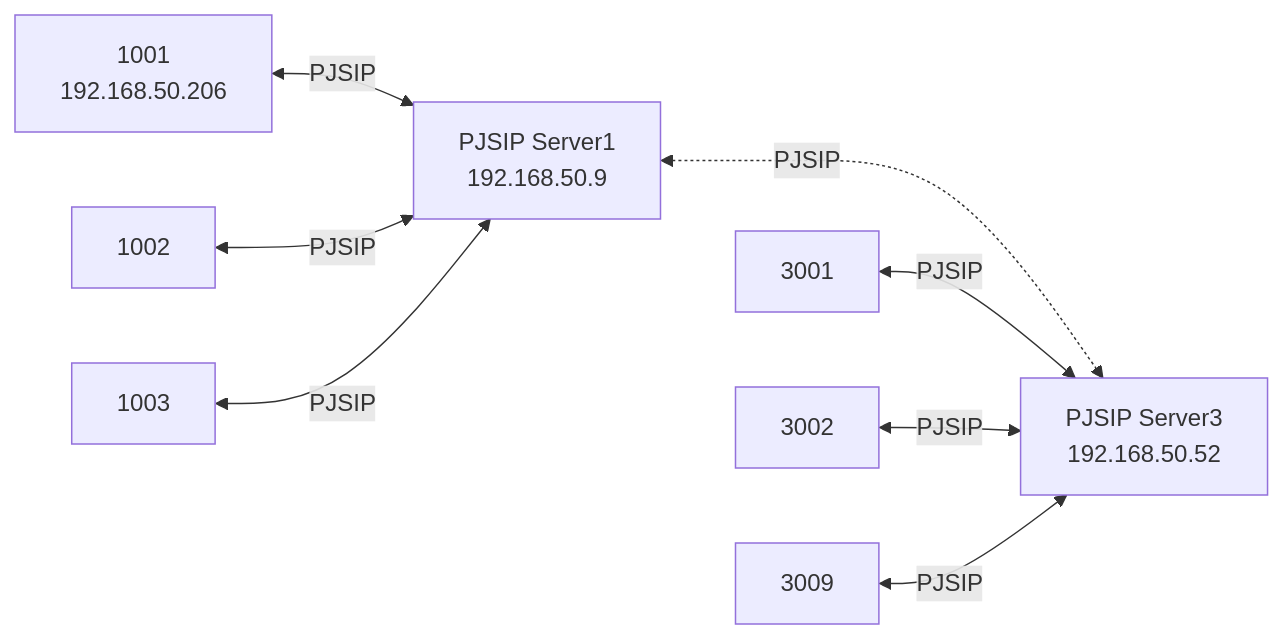
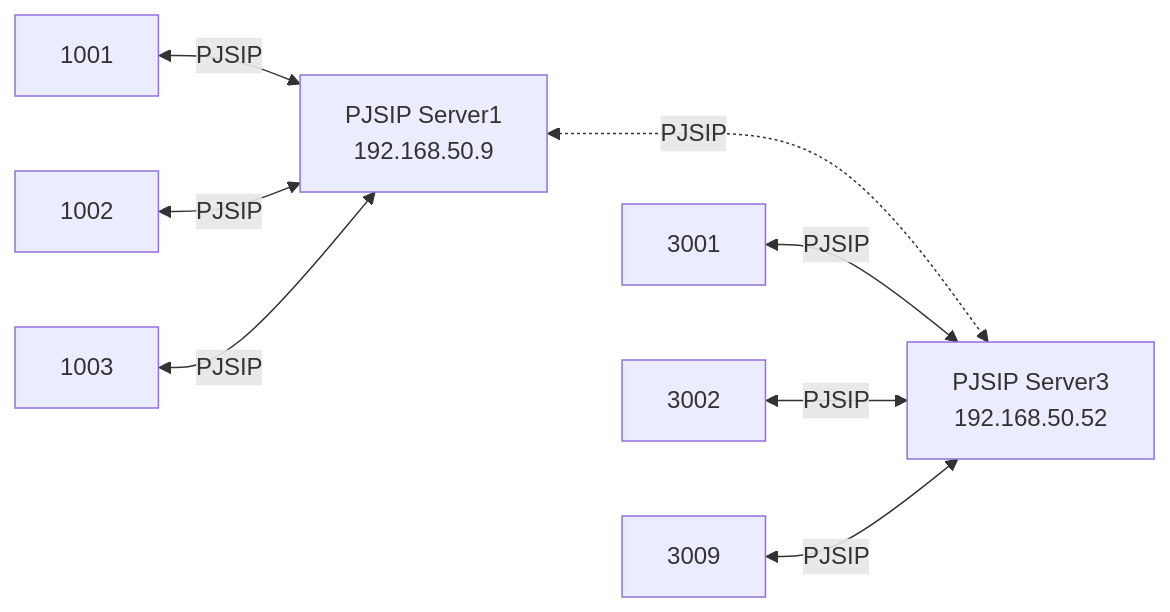
Before and after one commit to lankahsu520/HelperX: the ninth of 9 diagrams in helper_SIPandAsterisk.md, drawn with Mermaid. The commit also changed other lines of this file, not shown here.

````diff
--- a/helper_SIPandAsterisk.md
+++ b/helper_SIPandAsterisk.md
@@ -716,20 +750,21 @@
 ```mermaid
 flowchart LR
 	SIP1[PJSIP Server1<br>192.168.50.9]
 	SIP3[PJSIP Server3<br>192.168.50.52]
 
 	SIP1 <-..-> |PJSIP|SIP3
 	
-	1001[1001<br>192.168.50.206]
-	1003[1003]
+	1001[1001]
+	1002[1002]
+  1003[1003]
   1001 <--> |PJSIP|SIP1
 	1002 <--> |PJSIP|SIP1
 	1003 <--> |PJSIP|SIP1
 
 	3001[3001]
 	3002[3002]
 	3009[3009]
   3001 <--> |PJSIP|SIP3
 	3002 <--> |PJSIP|SIP3
 	3009 <--> |PJSIP|SIP3
 ```
````
